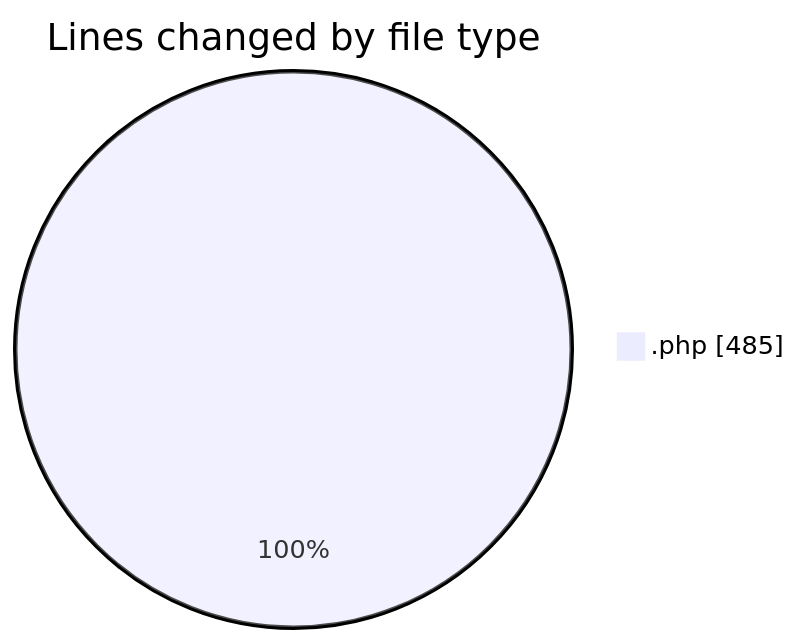
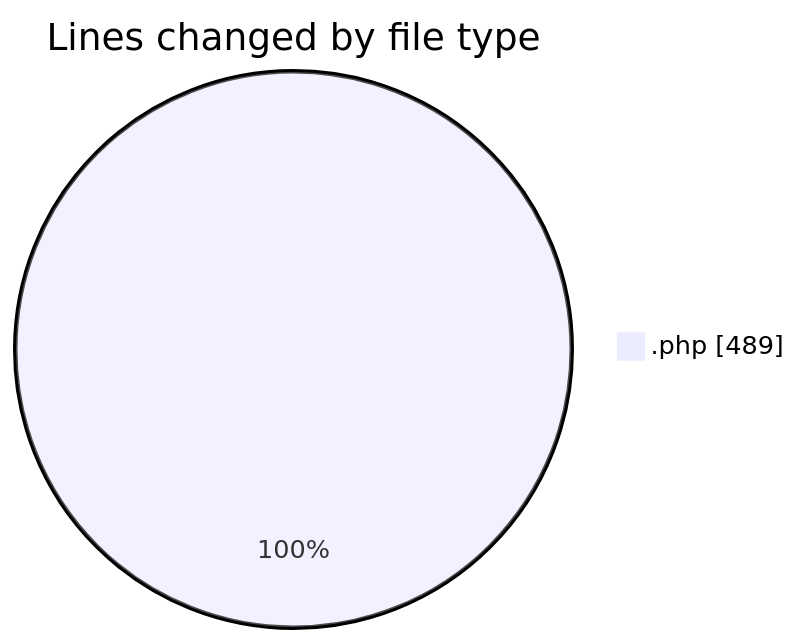
Before and after one commit to LanceThiago/code-tracking: the first of 2 diagrams in 2025-07-02/web/README.md, drawn with Mermaid. The commit also changed other lines of this file and 1 other file, not shown here.

````diff
--- a/2025-07-02/web/README.md
+++ b/2025-07-02/web/README.md
@@ -20,5 +20,5 @@
 ```mermaid
 pie showData
 title Lines changed by file type
-".php" : 485
+".php" : 489
 ```
````
